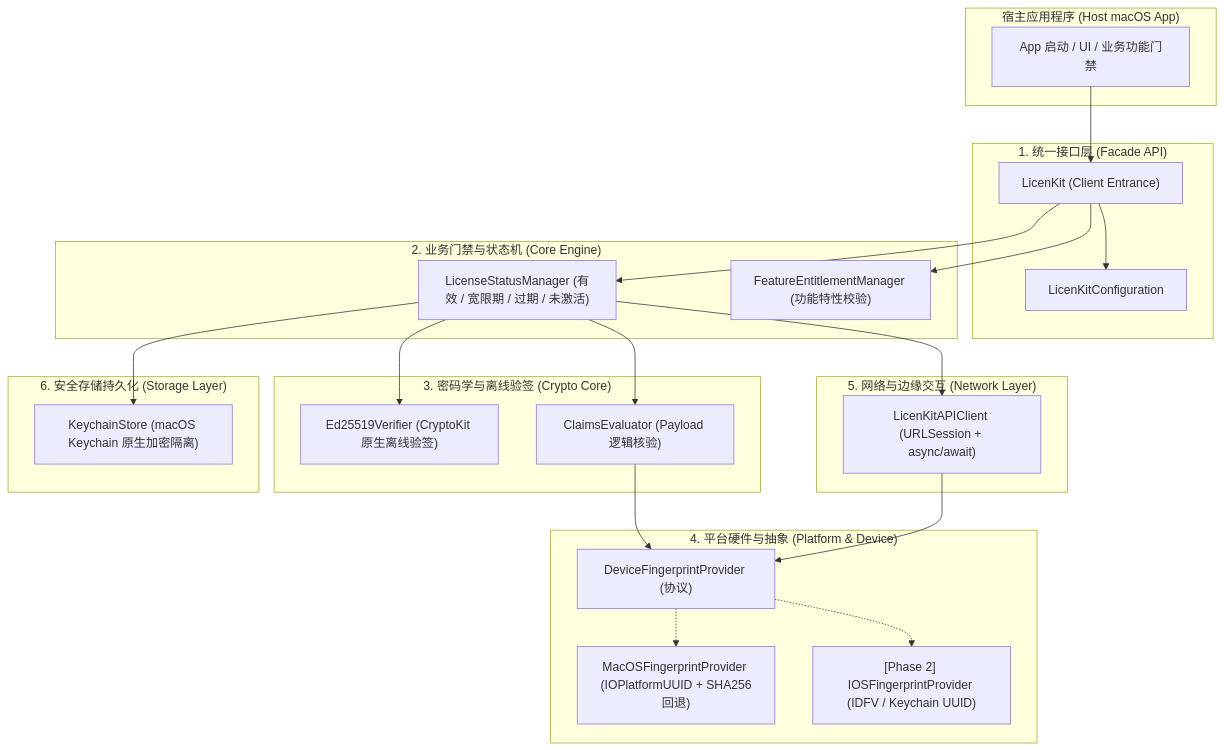
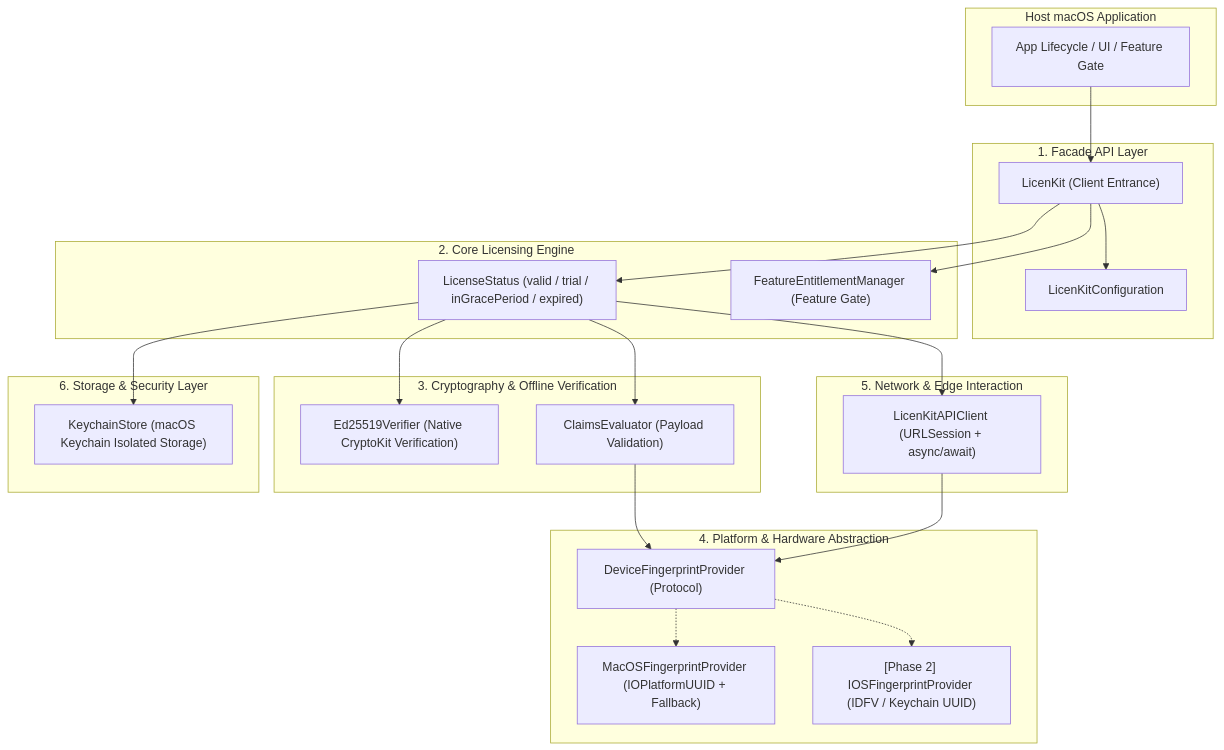
The first of 2 diagrams in docs/ARCHITECTURE.md (LicenKit/licenkit-sdk-swift), drawn with Mermaid before and after one commit. The commit also changed other lines of this file and 8 other files, not shown here.

````diff
--- a/docs/ARCHITECTURE.md
+++ b/docs/ARCHITECTURE.md
@@ -25,48 +28,48 @@
 ```mermaid
 flowchart TD
-    subgraph HostApp ["宿主应用程序 (Host macOS App)"]
-        AppDelegate["App 启动 / UI / 业务功能门禁"]
+    subgraph HostApp ["Host macOS Application"]
+        AppDelegate["App Lifecycle / UI / Feature Gate"]
     end
 
-    subgraph FacadeLayer ["1. 统一接口层 (Facade API)"]
+    subgraph FacadeLayer ["1. Facade API Layer"]
         LicenKit["LicenKit (Client Entrance)"]
         Config["LicenKitConfiguration"]
     end
 
-    subgraph CoreBusiness ["2. 业务门禁与状态机 (Core Engine)"]
-        StatusManager["LicenseStatusManager (有效 / 宽限期 / 过期 / 未激活)"]
-        Entitlements["FeatureEntitlementManager (功能特性校验)"]
+    subgraph CoreBusiness ["2. Core Licensing Engine"]
+        StatusManager["LicenseStatus (valid / trial / inGracePeriod / expired)"]
+        Entitlements["FeatureEntitlementManager (Feature Gate)"]
     end
 
-    subgraph SecurityCrypto ["3. 密码学与离线验签 (Crypto Core)"]
-        Ed25519Verifier["Ed25519Verifier (CryptoKit 原生离线验签)"]
-        ClaimsEvaluator["ClaimsEvaluator (Payload 逻辑核验)"]
+    subgraph SecurityCrypto ["3. Cryptography & Offline Verification"]
+        Ed25519Verifier["Ed25519Verifier (Native CryptoKit Verification)"]
+        ClaimsEvaluator["ClaimsEvaluator (Payload Validation)"]
     end
 
-    subgraph PlatformLayer ["4. 平台硬件与抽象 (Platform & Device)"]
-        ProviderProto["DeviceFingerprintProvider (协议)"]
-        MacProvider["MacOSFingerprintProvider (IOPlatformUUID + SHA256回退)"]
+    subgraph PlatformLayer ["4. Platform & Hardware Abstraction"]
+        ProviderProto["DeviceFingerprintProvider (Protocol)"]
+        MacProvider["MacOSFingerprintProvider (IOPlatformUUID + Fallback)"]
         IOSProvider["[Phase 2] IOSFingerprintProvider (IDFV / Keychain UUID)"]
     end
 
-    subgraph NetworkLayer ["5. 网络与边缘交互 (Network Layer)"]
+    subgraph NetworkLayer ["5. Network & Edge Interaction"]
         APIClient["LicenKitAPIClient (URLSession + async/await)"]
     end
 
-    subgraph StorageLayer ["6. 安全存储持久化 (Storage Layer)"]
-        KeychainStore["KeychainStore (macOS Keychain 原生加密隔离)"]
+    subgraph StorageLayer ["6. Storage & Security Layer"]
+        KeychainStore["KeychainStore (macOS Keychain Isolated Storage)"]
     end
 
     AppDelegate --> LicenKit
     LicenKit --> Config
     LicenKit --> StatusManager
     LicenKit --> Entitlements
     StatusManager --> Ed25519Verifier
     StatusManager --> ClaimsEvaluator
     StatusManager --> KeychainStore
     StatusManager --> APIClient
     ClaimsEvaluator --> ProviderProto
     ProviderProto -.-> MacProvider
     ProviderProto -.-> IOSProvider
     APIClient --> ProviderProto
 ```
````
